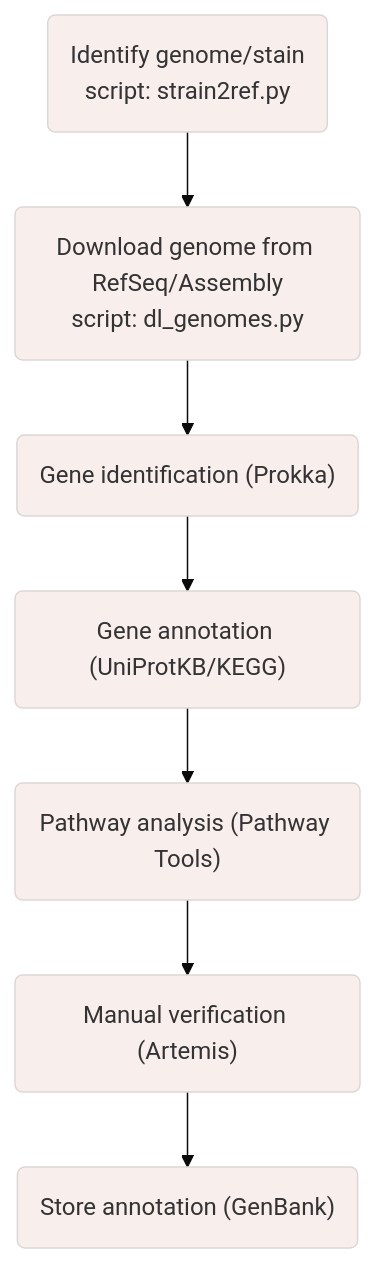
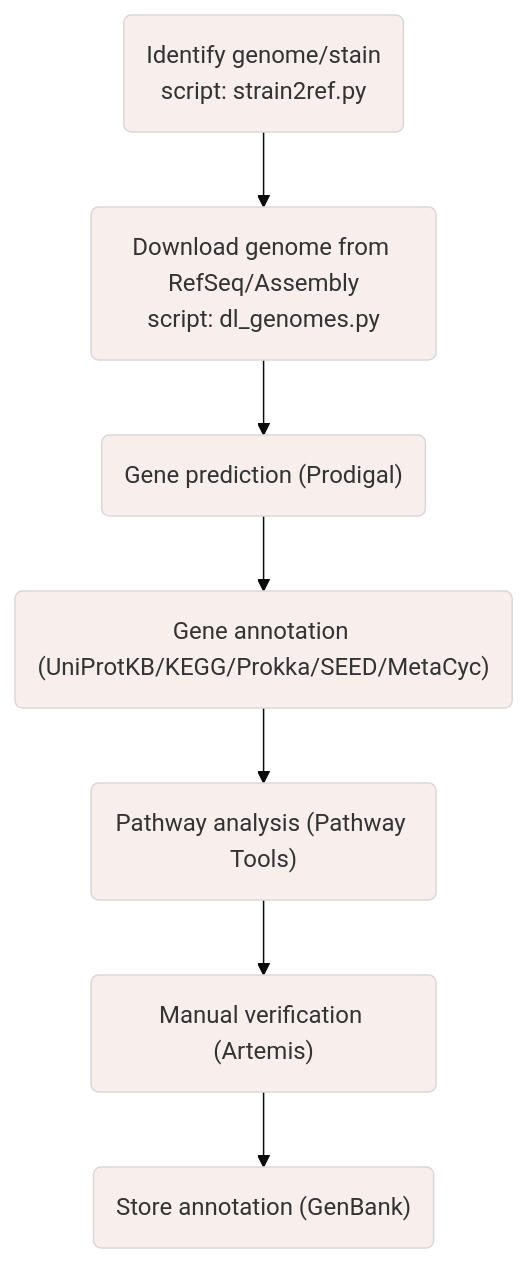
One commit to MaximeNaour/GenoTools changed the diagram in README.md. Above: the diagram before and after it, drawn with Mermaid.

````diff
--- a/README.md
+++ b/README.md
@@ -3,16 +3,16 @@
 ```mermaid
 %%{init: {'theme': 'base', 'themeVariables': { 'primaryColor': '#f8eeec', 'edgeLabelBackground':'#ffffff'}}}%%
 
 flowchart TB;
 linkStyle default interpolate basis
 classDef exClass font-style:bold;
 classDef exClass font-size:16px;
 
 A("<font size=3>Identify genome/stain<br>script: strain2ref.py") --> B("<font size=3>Download genome from RefSeq/Assembly<br>script: dl_genomes.py");
-B --> C("<font size=3>Gene identification (Prokka)");
-C --> D("<font size=3>Gene annotation (UniProtKB/KEGG)");
+B --> C("<font size=3>Gene prediction (Prodigal)");
+C --> D("<font size=3>Gene annotation (UniProtKB/KEGG/Prokka/SEED/MetaCyc)");
 D --> E("<font size=3>Pathway analysis (Pathway Tools)");
 E --> F("<font size=3>Manual verification (Artemis)");
 F --> G("<font size=3>Store annotation (GenBank)");
 
 ```
````
